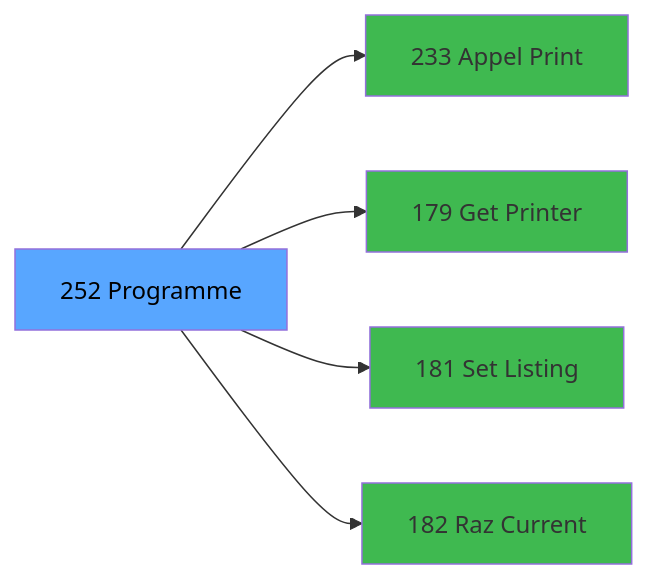
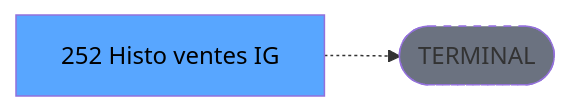
Before and after one commit to thonyAGP/lecteur-magic: the third of 3 diagrams in .openspec/specs/ADH-IDE-252.md, drawn with Mermaid. The commit also changed other lines of this file and 701 other files, not shown here.

````diff
--- a/.openspec/specs/ADH-IDE-252.md
+++ b/.openspec/specs/ADH-IDE-252.md
@@ -168,17 +146,8 @@
 ```mermaid
 graph LR
-    T[252 Programme]
-    C233[233 Appel Print ]
-    T --> C233
-    C179[179 Get Printer]
-    T --> C179
-    C181[181 Set Listing ]
-    T --> C181
-    C182[182 Raz Current ]
-    T --> C182
+    T[252 Histo ventes IG]
+    TERM([TERMINAL])
+    T -.-> TERM
+    style TERM fill:#6b7280,stroke-dasharray: 5 5
     style T fill:#58a6ff,color:#000
-    style C233 fill:#3fb950
-    style C179 fill:#3fb950
-    style C181 fill:#3fb950
-    style C182 fill:#3fb950
 ```
````
